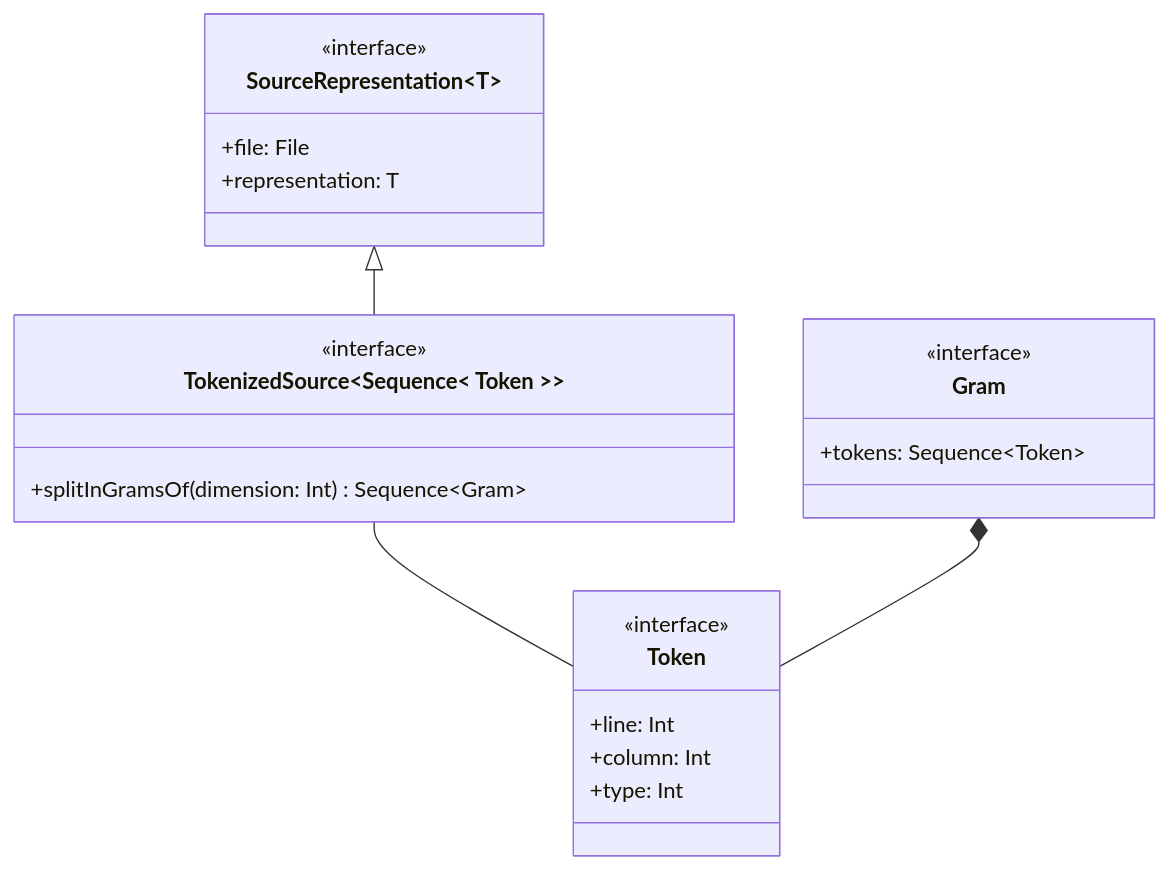
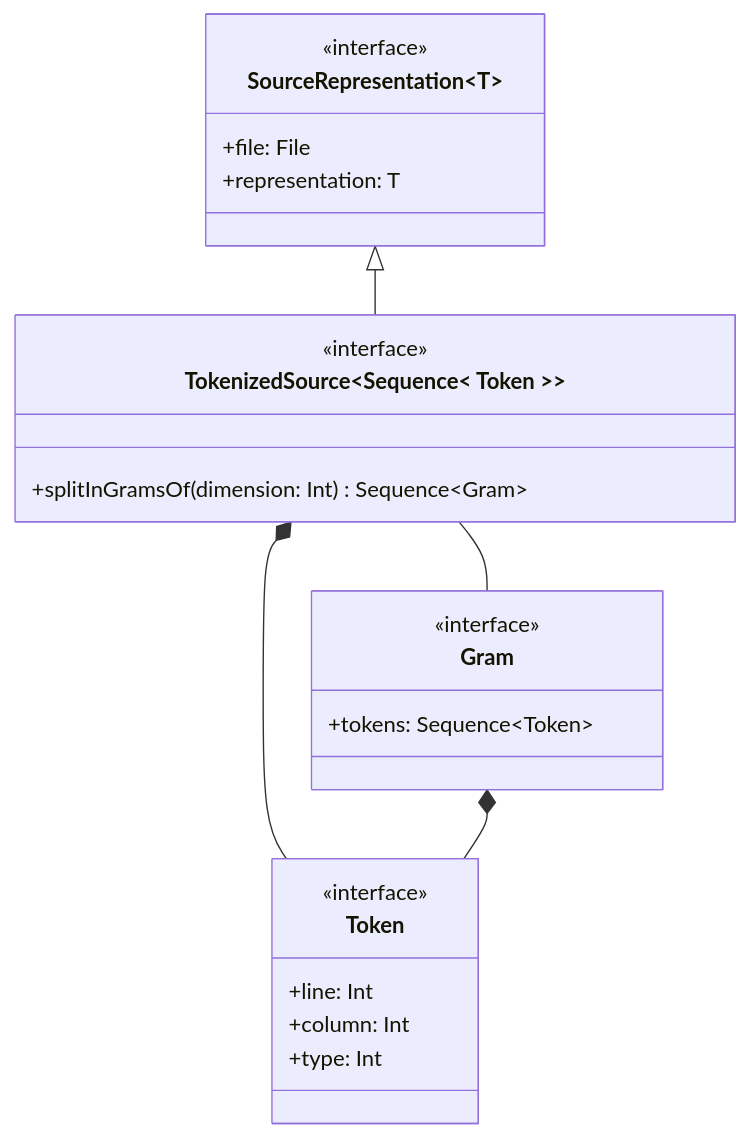
The ninth of 12 diagrams in doc.md (tassiLuca/code-plagiarism-detector-doc), drawn with Mermaid before and after one commit.

Commit message:
add composition

````diff
--- a/doc.md
+++ b/doc.md
@@ -345,28 +345,29 @@
 ```mermaid
 classDiagram
     direction BT
     class SourceRepresentation~T~ {
         <<interface>>
         +file: File
         +representation: T
     }
     class TokenizedSource~Sequence< Token >~ {
         <<interface>>
         +splitInGramsOf(dimension: Int) Sequence~Gram~
     }
     TokenizedSource --|> SourceRepresentation
 
     class Token {
         <<interface>>
         +line: Int
         +column: Int
         +type: Int
     }
-    Token -- TokenizedSource
+    Token --* TokenizedSource
 
     class Gram {
         <<interface>>
         +tokens: Sequence~Token~
     }
     Token --* Gram
+    Gram -- TokenizedSource
 ```
````
